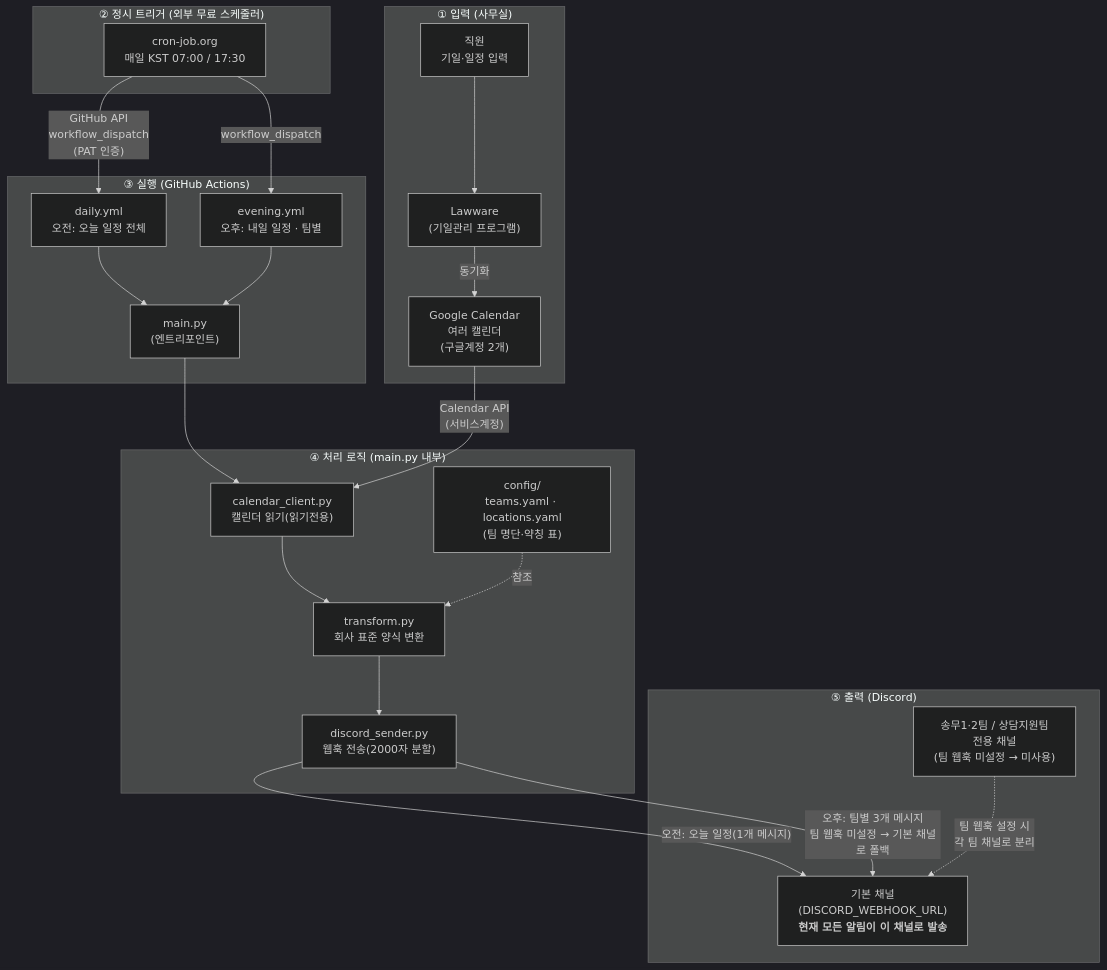
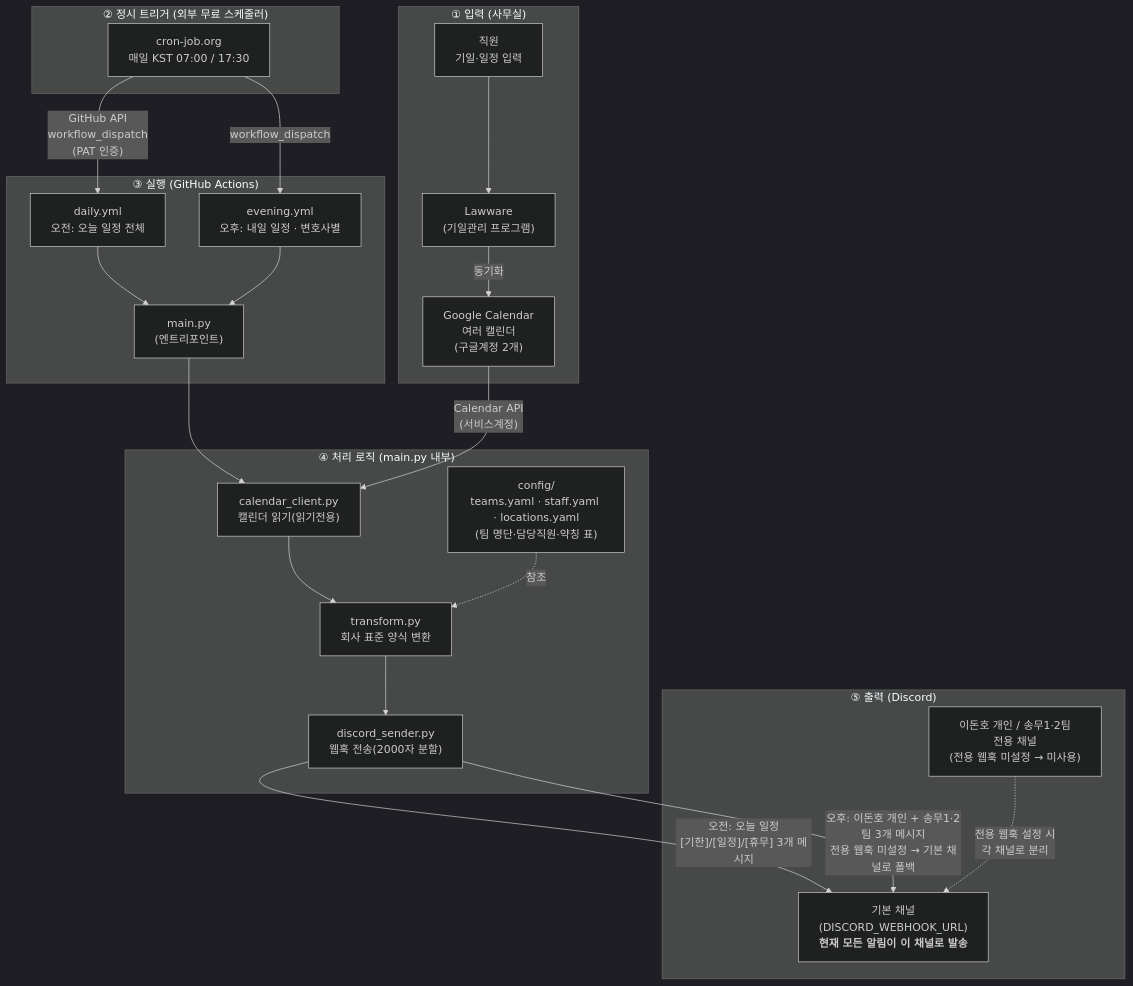
Before and after one commit to nova-law-legal/legal: the diagram in docs/전체-구성도.md, drawn with Mermaid (dark theme). The commit also changed other lines of this file and 7 other files, not shown here.

````diff
--- a/docs/전체-구성도.md
+++ b/docs/전체-구성도.md
@@ -8,42 +8,42 @@
 ```mermaid
 flowchart TD
     subgraph INPUT["① 입력 (사무실)"]
         STAFF["직원<br/>기일·일정 입력"] --> LAWWARE["Lawware<br/>(기일관리 프로그램)"]
         LAWWARE -->|동기화| GCAL["Google Calendar<br/>여러 캘린더<br/>(구글계정 2개)"]
     end
 
     subgraph TRIGGER["② 정시 트리거 (외부 무료 스케줄러)"]
         CRON["cron-job.org<br/>매일 KST 07:00 / 17:30"]
     end
 
     subgraph GH["③ 실행 (GitHub Actions)"]
         DAILY["daily.yml<br/>오전: 오늘 일정 전체"]
-        EVENING["evening.yml<br/>오후: 내일 일정 · 팀별"]
+        EVENING["evening.yml<br/>오후: 내일 일정 · 변호사별"]
         MAIN["main.py<br/>(엔트리포인트)"]
         DAILY --> MAIN
         EVENING --> MAIN
     end
 
     subgraph BOT["④ 처리 로직 (main.py 내부)"]
         READ["calendar_client.py<br/>캘린더 읽기(읽기전용)"]
         TRANS["transform.py<br/>회사 표준 양식 변환"]
         SEND["discord_sender.py<br/>웹훅 전송(2000자 분할)"]
-        CFG["config/<br/>teams.yaml · locations.yaml<br/>(팀 명단·약칭 표)"]
+        CFG["config/<br/>teams.yaml · staff.yaml · locations.yaml<br/>(팀 명단·담당직원·약칭 표)"]
         READ --> TRANS
         CFG -.참조.-> TRANS
         TRANS --> SEND
     end
 
     subgraph OUT["⑤ 출력 (Discord)"]
         CH_MAIN["기본 채널<br/>(DISCORD_WEBHOOK_URL)<br/><b>현재 모든 알림이 이 채널로 발송</b>"]
-        TEAMCH["송무1·2팀 / 상담지원팀<br/>전용 채널<br/>(팀 웹훅 미설정 → 미사용)"]
+        TEAMCH["이돈호 개인 / 송무1·2팀<br/>전용 채널<br/>(전용 웹훅 미설정 → 미사용)"]
     end
 
     CRON -->|"GitHub API<br/>workflow_dispatch<br/>(PAT 인증)"| DAILY
     CRON -->|"workflow_dispatch"| EVENING
     MAIN --> READ
     GCAL -->|"Calendar API<br/>(서비스계정)"| READ
-    SEND -->|"오전: 오늘 일정(1개 메시지)"| CH_MAIN
-    SEND -->|"오후: 팀별 3개 메시지<br/>팀 웹훅 미설정 → 기본 채널로 폴백"| CH_MAIN
-    TEAMCH -.->|"팀 웹훅 설정 시<br/>각 팀 채널로 분리"| CH_MAIN
+    SEND -->|"오전: 오늘 일정<br/>[기한]/[일정]/[휴무] 3개 메시지"| CH_MAIN
+    SEND -->|"오후: 이돈호 개인 + 송무1·2팀 3개 메시지<br/>전용 웹훅 미설정 → 기본 채널로 폴백"| CH_MAIN
+    TEAMCH -.->|"전용 웹훅 설정 시<br/>각 채널로 분리"| CH_MAIN
 ```
````
